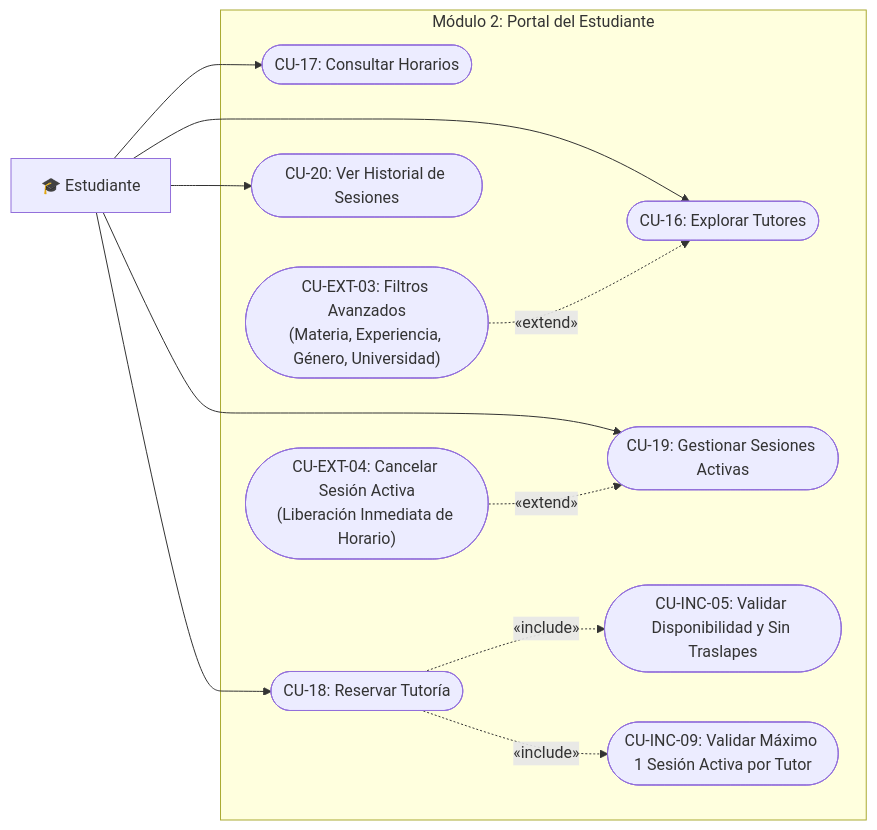
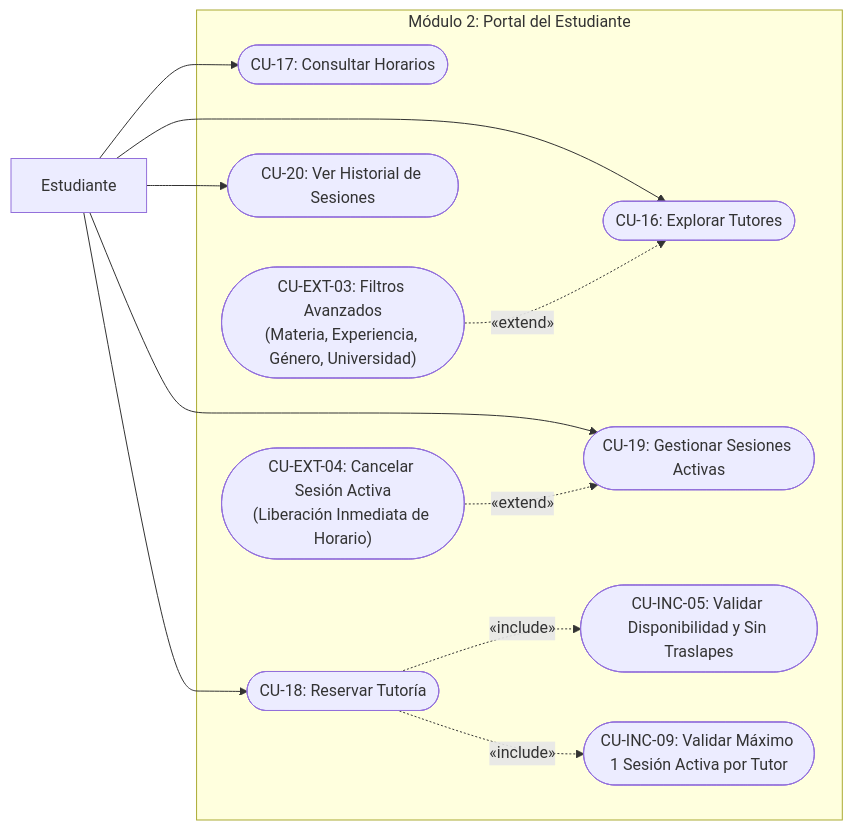
Before and after one commit to Sebastian-G-0607/AYD1_2S_G7: the sixth of 8 diagrams in docs/casos-de-uso/diagrama-casos-de-uso.md, drawn with Mermaid. The commit also changed other lines of this file, not shown here.

Commit message:
fix: eliminar emojis e iconos del markdown de diagramas de casos de uso

````diff
--- a/docs/casos-de-uso/diagrama-casos-de-uso.md
+++ b/docs/casos-de-uso/diagrama-casos-de-uso.md
@@ -224,28 +224,28 @@
 ```mermaid
 flowchart LR
-    Est["🎓 Estudiante"]
+    Est["Estudiante"]
 
     subgraph ModuloEstudiante ["Módulo 2: Portal del Estudiante"]
         CU16(["CU-16: Explorar Tutores"])
         CU17(["CU-17: Consultar Horarios"])
         CU18(["CU-18: Reservar Tutoría"])
         CU19(["CU-19: Gestionar Sesiones Activas"])
         CU20(["CU-20: Ver Historial de Sesiones"])
 
         EXT_FILT(["CU-EXT-03: Filtros Avanzados\n(Materia, Experiencia, Género, Universidad)"])
         INC_CHECK(["CU-INC-05: Validar Disponibilidad y Sin Traslapes"])
         INC_LIMIT(["CU-INC-09: Validar Máximo 1 Sesión Activa por Tutor"])
         EXT_CANCEL(["CU-EXT-04: Cancelar Sesión Activa\n(Liberación Inmediata de Horario)"])
     end
 
     Est --> CU16
     Est --> CU17
     Est --> CU18
     Est --> CU19
     Est --> CU20
 
     EXT_FILT -.->|«extend»| CU16
     CU18 -.->|«include»| INC_CHECK
     CU18 -.->|«include»| INC_LIMIT
     EXT_CANCEL -.->|«extend»| CU19
 ```
````
